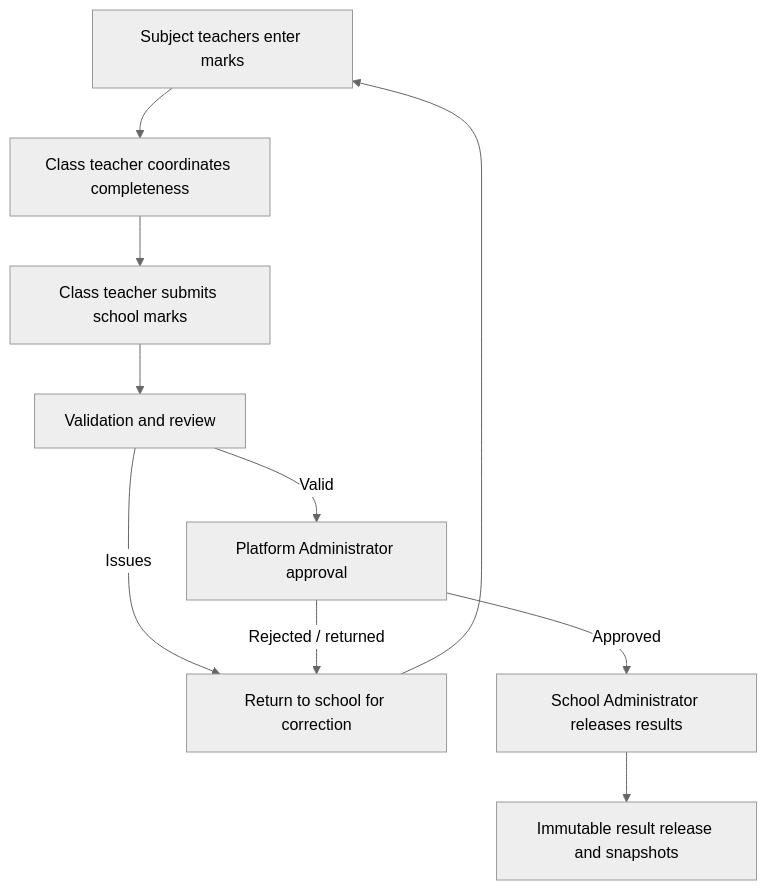
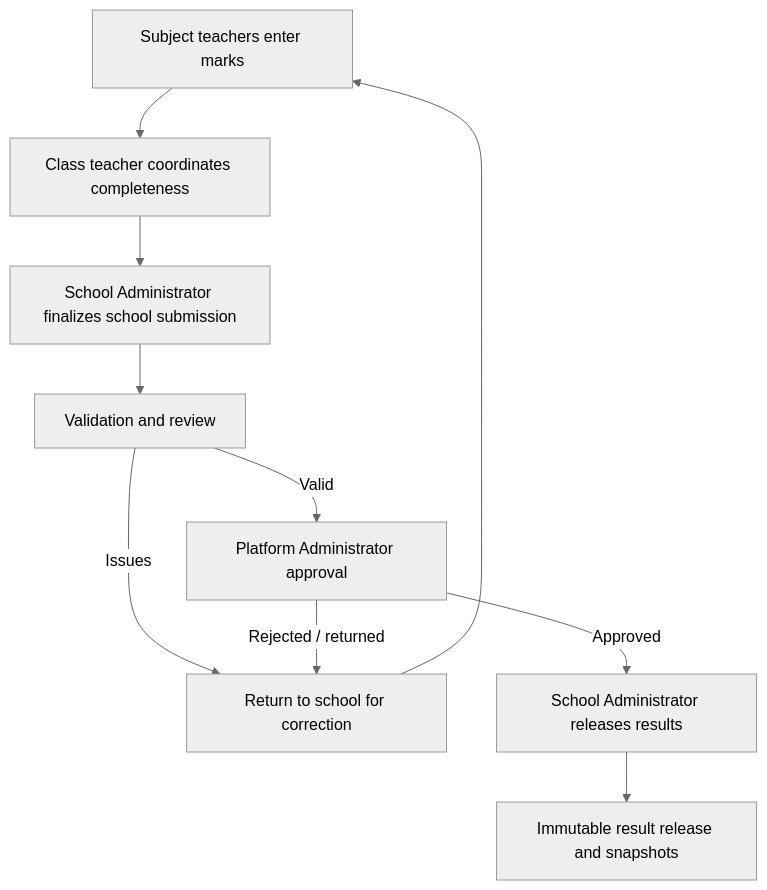
The fourth of 5 diagrams in docs/domain/workflow-state-machines.md (poptramark-eng/sentinel), drawn with Mermaid (neutral theme) before and after one commit. The commit also changed other lines of this file, not shown here.

Commit message:
docs(workflow): align school submission authority with decisions

```diff
--- a/docs/domain/workflow-state-machines.md
+++ b/docs/domain/workflow-state-machines.md
@@ -72,12 +72,12 @@
 ~~~mermaid
 flowchart TD
   A[Subject teachers enter marks] --> B[Class teacher coordinates completeness]
-  B --> C[Class teacher submits school marks]
+  B --> C[School Administrator finalizes school submission]
   C --> D[Validation and review]
   D -->|Issues| E[Return to school for correction]
   E --> A
   D -->|Valid| F[Platform Administrator approval]
   F -->|Rejected / returned| E
   F -->|Approved| G[School Administrator releases results]
   G --> H[Immutable result release and snapshots]
 ~~~
```
